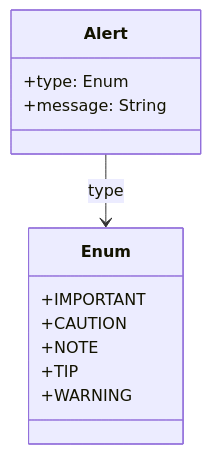
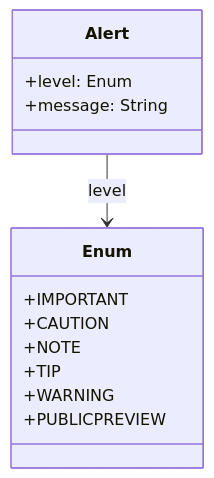
One commit to mattbriggs/tech-doc-generator changed the diagram in docs/ca-document-object-model/component-alert.md. Above: the diagram before and after it, drawn with Mermaid. The commit also changed other lines of this file and 21 other files, not shown here.

````diff
--- a/docs/ca-document-object-model/component-alert.md
+++ b/docs/ca-document-object-model/component-alert.md
@@ -17,15 +17,16 @@
 ```mermaid
 classDiagram
     class Alert {
-        +type: Enum
+        +level: Enum
         +message: String
     }
     class Enum {
         +IMPORTANT
         +CAUTION
         +NOTE
         +TIP
         +WARNING
+        +PUBLICPREVIEW
     }
-    Alert --> Enum: type
+    Alert --> Enum: level
 ```
````
